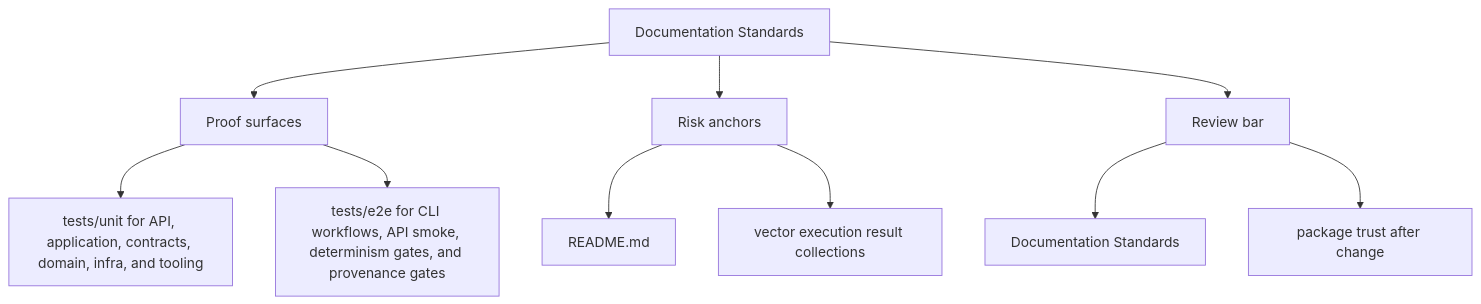
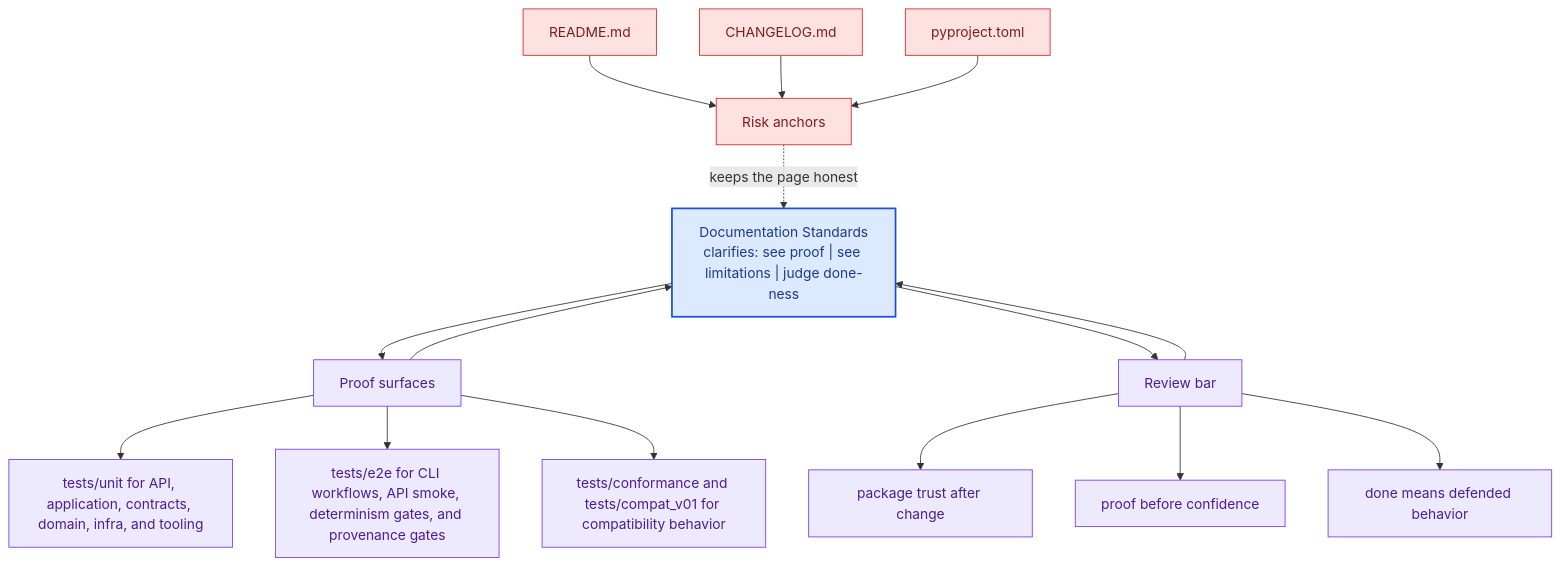
Before and after one commit to bijux/bijux-canon: the second of 2 diagrams in docs/bijux-canon-index/quality/documentation-standards.md, drawn with Mermaid. The commit also changed other lines of this file and 281 other files, not shown here.

Commit message:
docs(diagrams): deepen handbook mermaid maps across the catalog

````diff
--- a/docs/bijux-canon-index/quality/documentation-standards.md
+++ b/docs/bijux-canon-index/quality/documentation-standards.md
@@ -34,22 +67,41 @@
 ```mermaid
-flowchart TD
-    page["Documentation Standards"]
+flowchart TB
+    promise["Documentation Standards<br/>clarifies: see proof | see limitations | judge done-ness"]
+    classDef promise fill:#dbeafe,stroke:#1d4ed8,color:#1e3a8a,stroke-width:2px;
+    classDef driver fill:#dcfce7,stroke:#16a34a,color:#14532d;
+    classDef constraint fill:#fee2e2,stroke:#dc2626,color:#7f1d1d;
+    classDef ground fill:#ede9fe,stroke:#7c3aed,color:#4c1d95;
     focus1["Proof surfaces"]
-    page --> focus1
+    focus1 --> promise
+    promise --> focus1
     focus1_1["tests/unit for API, application, contracts, domain, infra, and tooling"]
     focus1 --> focus1_1
     focus1_2["tests/e2e for CLI workflows, API smoke, determinism gates, and provenance gates"]
     focus1 --> focus1_2
+    focus1_3["tests/conformance and tests/compat_v01 for compatibility behavior"]
+    focus1 --> focus1_3
+    class focus1 ground;
+    class focus1_1,focus1_2,focus1_3 ground;
     focus2["Risk anchors"]
-    page --> focus2
+    focus2 -.keeps the page honest.-> promise
     focus2_1["README.md"]
-    focus2 --> focus2_1
-    focus2_2["vector execution result collections"]
-    focus2 --> focus2_2
+    focus2_1 --> focus2
+    focus2_2["CHANGELOG.md"]
+    focus2_2 --> focus2
+    focus2_3["pyproject.toml"]
+    focus2_3 --> focus2
+    class focus2 constraint;
+    class focus2_1,focus2_2,focus2_3 constraint;
     focus3["Review bar"]
-    page --> focus3
-    focus3_1["Documentation Standards"]
+    focus3 --> promise
+    promise --> focus3
+    focus3_1["package trust after change"]
     focus3 --> focus3_1
-    focus3_2["package trust after change"]
+    focus3_2["proof before confidence"]
     focus3 --> focus3_2
+    focus3_3["done means defended behavior"]
+    focus3 --> focus3_3
+    class focus3 ground;
+    class focus3_1,focus3_2,focus3_3 ground;
+    class promise promise;
 ```
````
